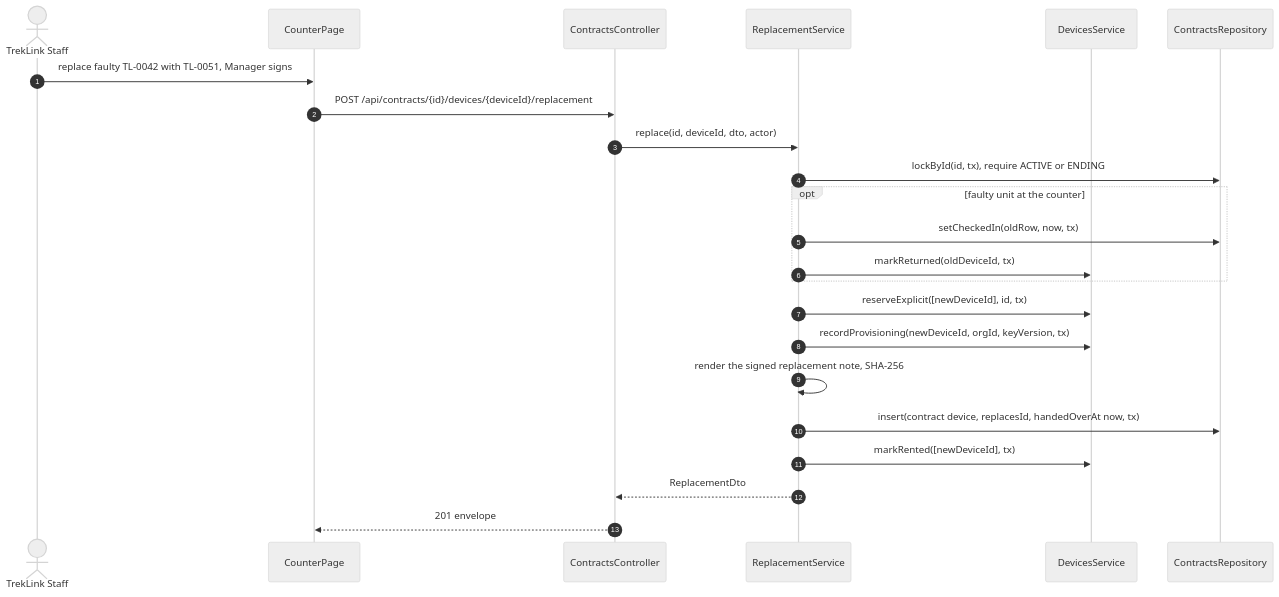
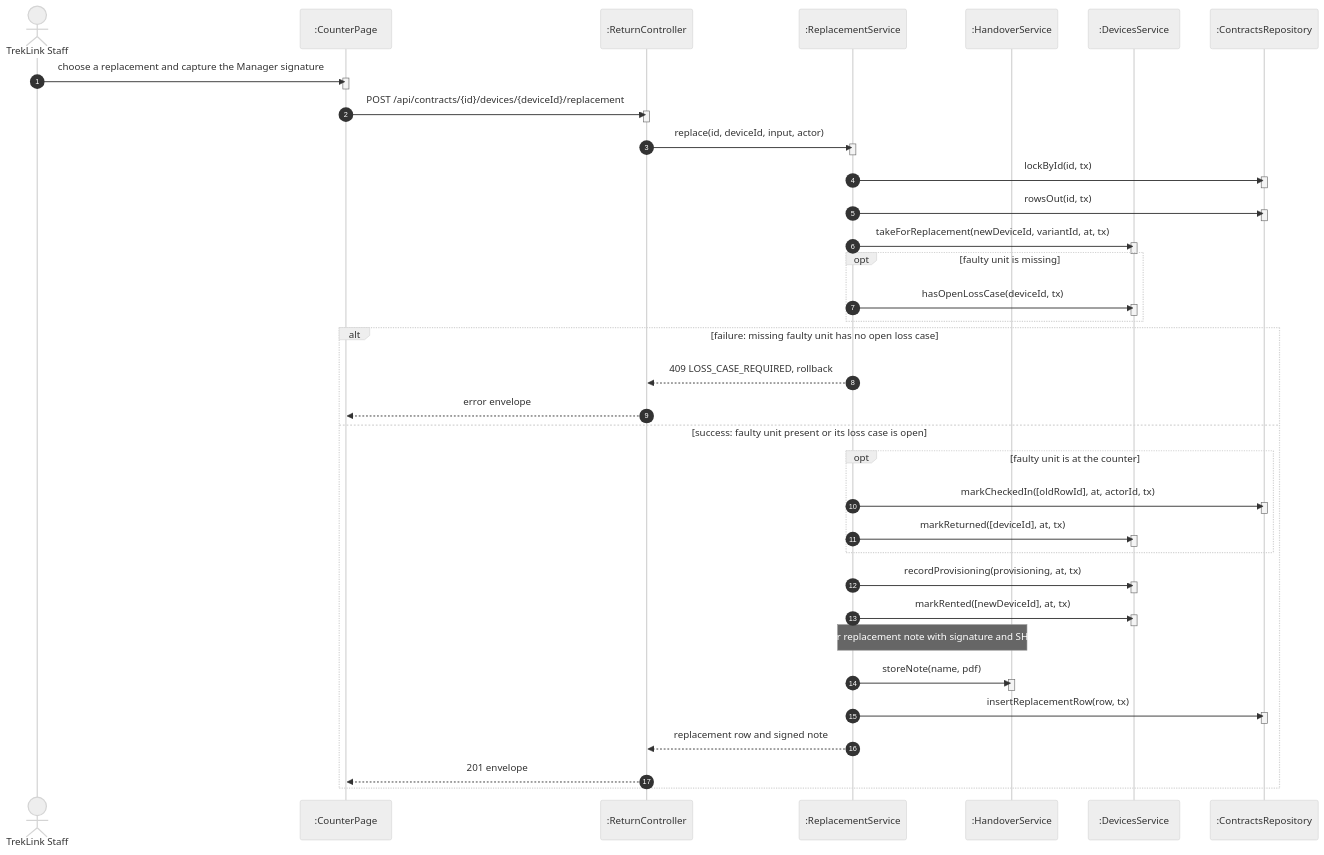
Diagram 23 of 29 in specs/rentals/design.md (TrekLink-Team/treklink-web), drawn with Mermaid (neutral theme) before and after one commit. The commit also changed other lines of this file and 2 other files, not shown here.

First line of the commit message:
docs: one alt per sequence, code-true guards and per-use-case class panels (review of #113)

````diff
--- a/specs/rentals/design.md
+++ b/specs/rentals/design.md
@@ -497,25 +918,62 @@
 ```mermaid
 sequenceDiagram
     autonumber
     actor St as TrekLink Staff
-    participant P as CounterPage
-    participant C as ContractsController
-    participant S as ReplacementService
-    participant D as DevicesService
-    participant R as ContractsRepository
-    St->>P: replace faulty TL-0042 with TL-0051, Manager signs
+    participant P as :CounterPage
+    participant C as :ReturnController
+    participant S as :ReplacementService
+    participant H as :HandoverService
+    participant D as :DevicesService
+    participant R as :ContractsRepository
+    St->>P: choose a replacement and capture the Manager signature
+    activate P
+    deactivate P
     P->>C: POST /api/contracts/{id}/devices/{deviceId}/replacement
-    C->>S: replace(id, deviceId, dto, actor)
-    S->>R: lockById(id, tx), require ACTIVE or ENDING
-    opt faulty unit at the counter
-        S->>R: setCheckedIn(oldRow, now, tx)
-        S->>D: markReturned(oldDeviceId, tx)
+    activate C
+    deactivate C
+    C->>S: replace(id, deviceId, input, actor)
+    activate S
+    deactivate S
+    S->>R: lockById(id, tx)
+    activate R
+    deactivate R
+    S->>R: rowsOut(id, tx)
+    activate R
+    deactivate R
+    S->>D: takeForReplacement(newDeviceId, variantId, at, tx)
+    activate D
+    deactivate D
+    opt faulty unit is missing
+        S->>D: hasOpenLossCase(deviceId, tx)
+        activate D
+        deactivate D
     end
-    S->>D: reserveExplicit([newDeviceId], id, tx)
-    S->>D: recordProvisioning(newDeviceId, orgId, keyVersion, tx)
-    S->>S: render the signed replacement note, SHA-256
-    S->>R: insert(contract device, replacesId, handedOverAt now, tx)
-    S->>D: markRented([newDeviceId], tx)
-    S-->>C: ReplacementDto
-    C-->>P: 201 envelope
+    alt failure: missing faulty unit has no open loss case
+        S-->>C: 409 LOSS_CASE_REQUIRED, rollback
+        C-->>P: error envelope
+    else success: faulty unit present or its loss case is open
+        opt faulty unit is at the counter
+            S->>R: markCheckedIn([oldRowId], at, actorId, tx)
+            activate R
+            deactivate R
+            S->>D: markReturned([deviceId], at, tx)
+            activate D
+            deactivate D
+        end
+        S->>D: recordProvisioning(provisioning, at, tx)
+        activate D
+        deactivate D
+        S->>D: markRented([newDeviceId], at, tx)
+        activate D
+        deactivate D
+        Note over S,H: render replacement note with signature and SHA-256
+        S->>H: storeNote(name, pdf)
+        activate H
+        deactivate H
+        S->>R: insertReplacementRow(row, tx)
+        activate R
+        deactivate R
+        S-->>C: replacement row and signed note
+        C-->>P: 201 envelope
+    end
 ```
````
